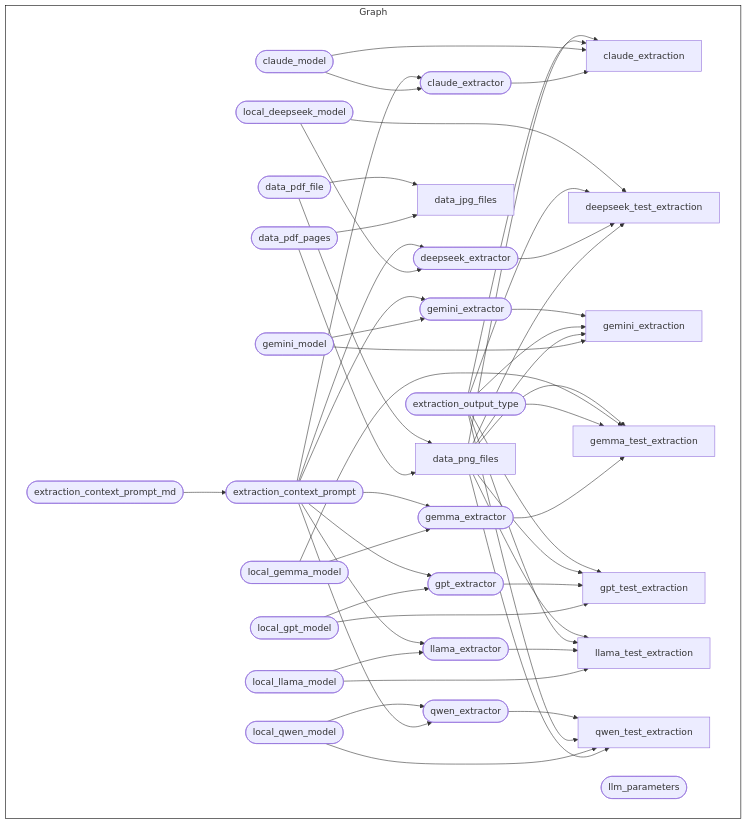
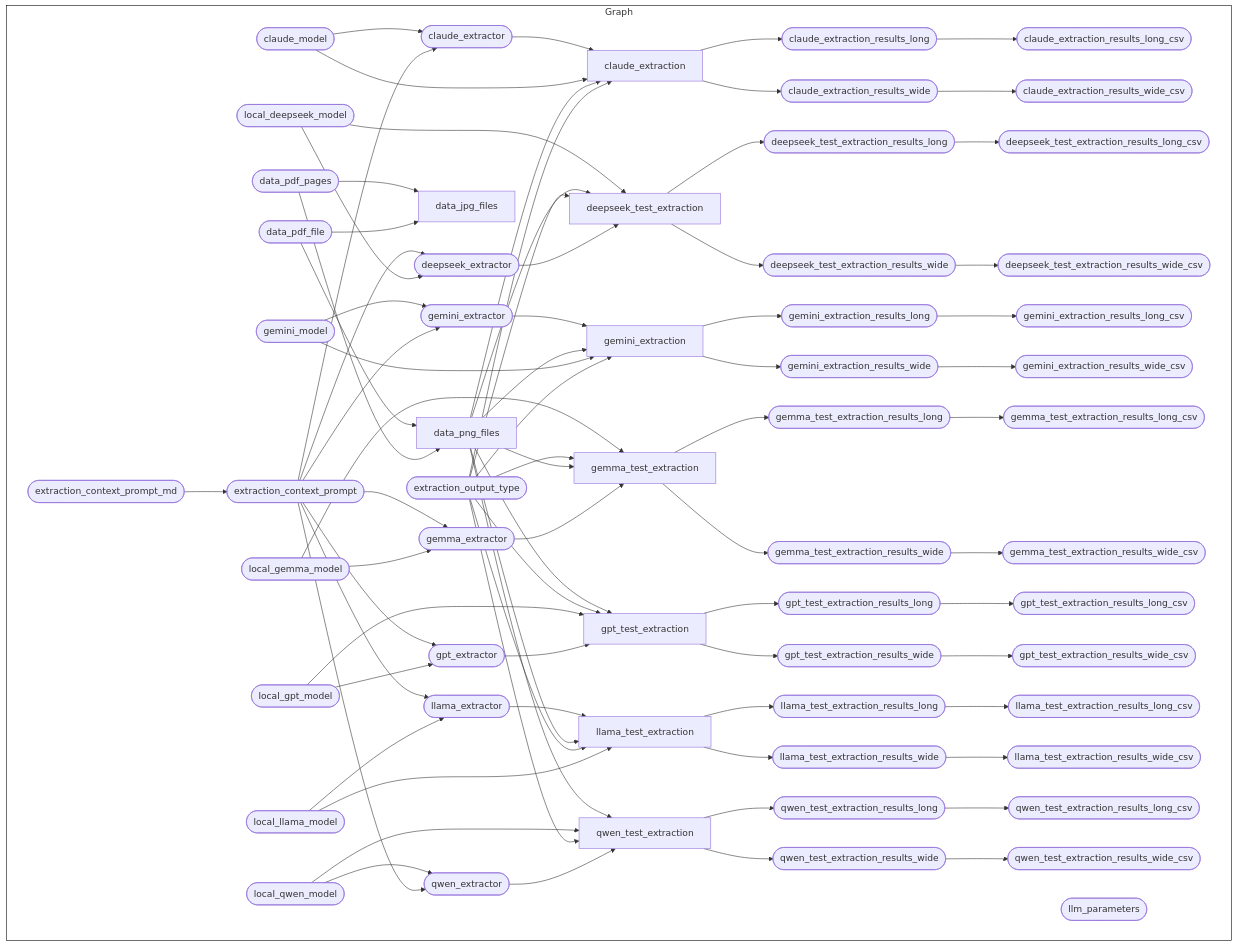
One commit to OxfordIHTM/computer-vision-demo changed the diagram in README.md. Above: the diagram before and after it, drawn with Mermaid. The commit also changed other lines of this file and 5 other files, not shown here.

````diff
--- a/README.md
+++ b/README.md
@@ -236,51 +234,79 @@
     direction LR
     x35a7fe2b14fea884(["claude_extractor"]):::queued --> xbf558aaf2fd08c0e["claude_extraction"]:::queued
     x39d4d013227f0dc3(["claude_model"]):::queued --> xbf558aaf2fd08c0e["claude_extraction"]:::queued
-    x487a49d42720222c(["extraction_output_type"]):::skipped --> xbf558aaf2fd08c0e["claude_extraction"]:::queued
     x6fd840ed377697c4["data_png_files"]:::skipped --> xbf558aaf2fd08c0e["claude_extraction"]:::queued
+    x487a49d42720222c(["extraction_output_type"]):::queued --> xbf558aaf2fd08c0e["claude_extraction"]:::queued
+    xbf558aaf2fd08c0e["claude_extraction"]:::queued --> xf7e321d17883c5ef(["claude_extraction_results_long"]):::queued
+    xf7e321d17883c5ef(["claude_extraction_results_long"]):::queued --> xf9a93278d27784db(["claude_extraction_results_long_csv"]):::queued
+    xbf558aaf2fd08c0e["claude_extraction"]:::queued --> x2d9238b8268822f3(["claude_extraction_results_wide"]):::queued
+    x2d9238b8268822f3(["claude_extraction_results_wide"]):::queued --> xe433f203ebf8c762(["claude_extraction_results_wide_csv"]):::queued
     x39d4d013227f0dc3(["claude_model"]):::queued --> x35a7fe2b14fea884(["claude_extractor"]):::queued
-    x982a35c892e245ee(["extraction_context_prompt"]):::skipped --> x35a7fe2b14fea884(["claude_extractor"]):::queued
+    x982a35c892e245ee(["extraction_context_prompt"]):::queued --> x35a7fe2b14fea884(["claude_extractor"]):::queued
     xe79485d2cbaf929c(["data_pdf_pages"]):::skipped --> xcde58b2bce8a2260["data_jpg_files"]:::queued
     xf64c2f26e3ae28ce(["data_pdf_file"]):::skipped --> xcde58b2bce8a2260["data_jpg_files"]:::queued
+    xf64c2f26e3ae28ce(["data_pdf_file"]):::skipped --> x6fd840ed377697c4["data_png_files"]:::skipped
     xe79485d2cbaf929c(["data_pdf_pages"]):::skipped --> x6fd840ed377697c4["data_png_files"]:::skipped
-    xf64c2f26e3ae28ce(["data_pdf_file"]):::skipped --> x6fd840ed377697c4["data_png_files"]:::skipped
+    x982a35c892e245ee(["extraction_context_prompt"]):::queued --> xf407d53739ed0632(["deepseek_extractor"]):::queued
     xb957a37aad5b67c5(["local_deepseek_model"]):::queued --> xf407d53739ed0632(["deepseek_extractor"]):::queued
-    x982a35c892e245ee(["extraction_context_prompt"]):::skipped --> xf407d53739ed0632(["deepseek_extractor"]):::queued
+    xb957a37aad5b67c5(["local_deepseek_model"]):::queued --> xe59d676cc895fc8f["deepseek_test_extraction"]:::queued
     x6fd840ed377697c4["data_png_files"]:::skipped --> xe59d676cc895fc8f["deepseek_test_extraction"]:::queued
+    x487a49d42720222c(["extraction_output_type"]):::queued --> xe59d676cc895fc8f["deepseek_test_extraction"]:::queued
     xf407d53739ed0632(["deepseek_extractor"]):::queued --> xe59d676cc895fc8f["deepseek_test_extraction"]:::queued
-    x487a49d42720222c(["extraction_output_type"]):::skipped --> xe59d676cc895fc8f["deepseek_test_extraction"]:::queued
-    xb957a37aad5b67c5(["local_deepseek_model"]):::queued --> xe59d676cc895fc8f["deepseek_test_extraction"]:::queued
-    xa765f8be0f1473b7(["extraction_context_prompt_md"]):::skipped --> x982a35c892e245ee(["extraction_context_prompt"]):::skipped
-    x672b0658cd7f304b(["gemini_model"]):::skipped --> xd63226de7dd05e61["gemini_extraction"]:::completed
-    x6fd840ed377697c4["data_png_files"]:::skipped --> xd63226de7dd05e61["gemini_extraction"]:::completed
-    x487a49d42720222c(["extraction_output_type"]):::skipped --> xd63226de7dd05e61["gemini_extraction"]:::completed
-    x8cb7c7e0b9710ea2(["gemini_extractor"]):::skipped --> xd63226de7dd05e61["gemini_extraction"]:::completed
-    x672b0658cd7f304b(["gemini_model"]):::skipped --> x8cb7c7e0b9710ea2(["gemini_extractor"]):::skipped
-    x982a35c892e245ee(["extraction_context_prompt"]):::skipped --> x8cb7c7e0b9710ea2(["gemini_extractor"]):::skipped
+    xe59d676cc895fc8f["deepseek_test_extraction"]:::queued --> x6c665d10c6870385(["deepseek_test_extraction_results_long"]):::queued
+    x6c665d10c6870385(["deepseek_test_extraction_results_long"]):::queued --> x30ec6b0f291bd945(["deepseek_test_extraction_results_long_csv"]):::queued
+    xe59d676cc895fc8f["deepseek_test_extraction"]:::queued --> xa451048dda449ee3(["deepseek_test_extraction_results_wide"]):::queued
+    xa451048dda449ee3(["deepseek_test_extraction_results_wide"]):::queued --> x4225704dcf8d5b90(["deepseek_test_extraction_results_wide_csv"]):::queued
+    xa765f8be0f1473b7(["extraction_context_prompt_md"]):::queued --> x982a35c892e245ee(["extraction_context_prompt"]):::queued
+    x8cb7c7e0b9710ea2(["gemini_extractor"]):::queued --> xd63226de7dd05e61["gemini_extraction"]:::queued
+    x6fd840ed377697c4["data_png_files"]:::skipped --> xd63226de7dd05e61["gemini_extraction"]:::queued
+    x672b0658cd7f304b(["gemini_model"]):::queued --> xd63226de7dd05e61["gemini_extraction"]:::queued
+    x487a49d42720222c(["extraction_output_type"]):::queued --> xd63226de7dd05e61["gemini_extraction"]:::queued
+    xd63226de7dd05e61["gemini_extraction"]:::queued --> x74163c06113c69a6(["gemini_extraction_results_long"]):::queued
+    x74163c06113c69a6(["gemini_extraction_results_long"]):::queued --> xe689a9e1837e69cd(["gemini_extraction_results_long_csv"]):::queued
+    xd63226de7dd05e61["gemini_extraction"]:::queued --> x42136a1fb4ba6630(["gemini_extraction_results_wide"]):::queued
+    x42136a1fb4ba6630(["gemini_extraction_results_wide"]):::queued --> xdc3f4afed08325fd(["gemini_extraction_results_wide_csv"]):::queued
+    x672b0658cd7f304b(["gemini_model"]):::queued --> x8cb7c7e0b9710ea2(["gemini_extractor"]):::queued
+    x982a35c892e245ee(["extraction_context_prompt"]):::queued --> x8cb7c7e0b9710ea2(["gemini_extractor"]):::queued
+    x982a35c892e245ee(["extraction_context_prompt"]):::queued --> xbdacf1efe57d11ba(["gemma_extractor"]):::queued
     xba597cd142706396(["local_gemma_model"]):::queued --> xbdacf1efe57d11ba(["gemma_extractor"]):::queued
-    x982a35c892e245ee(["extraction_context_prompt"]):::skipped --> xbdacf1efe57d11ba(["gemma_extractor"]):::queued
+    xba597cd142706396(["local_gemma_model"]):::queued --> x883eafa12b623704["gemma_test_extraction"]:::queued
+    x487a49d42720222c(["extraction_output_type"]):::queued --> x883eafa12b623704["gemma_test_extraction"]:::queued
+    x6fd840ed377697c4["data_png_files"]:::skipped --> x883eafa12b623704["gemma_test_extraction"]:::queued
     xbdacf1efe57d11ba(["gemma_extractor"]):::queued --> x883eafa12b623704["gemma_test_extraction"]:::queued
-    x487a49d42720222c(["extraction_output_type"]):::skipped --> x883eafa12b623704["gemma_test_extraction"]:::queued
-    xba597cd142706396(["local_gemma_model"]):::queued --> x883eafa12b623704["gemma_test_extraction"]:::queued
-    x6fd840ed377697c4["data_png_files"]:::skipped --> x883eafa12b623704["gemma_test_extraction"]:::queued
+    x883eafa12b623704["gemma_test_extraction"]:::queued --> x36d8fe351758d6a9(["gemma_test_extraction_results_long"]):::queued
+    x36d8fe351758d6a9(["gemma_test_extraction_results_long"]):::queued --> x1ec973b6bac53778(["gemma_test_extraction_results_long_csv"]):::queued
+    x883eafa12b623704["gemma_test_extraction"]:::queued --> x0ce1edbb890bba38(["gemma_test_extraction_results_wide"]):::queued
+    x0ce1edbb890bba38(["gemma_test_extraction_results_wide"]):::queued --> x387ba000a6d84241(["gemma_test_extraction_results_wide_csv"]):::queued
+    x982a35c892e245ee(["extraction_context_prompt"]):::queued --> xa26cc1fdbcc7446d(["gpt_extractor"]):::queued
     xd91653768ab318c2(["local_gpt_model"]):::queued --> xa26cc1fdbcc7446d(["gpt_extractor"]):::queued
-    x982a35c892e245ee(["extraction_context_prompt"]):::skipped --> xa26cc1fdbcc7446d(["gpt_extractor"]):::queued
+    x6fd840ed377697c4["data_png_files"]:::skipped --> xbd26e8369aff188c["gpt_test_extraction"]:::queued
+    x487a49d42720222c(["extraction_output_type"]):::queued --> xbd26e8369aff188c["gpt_test_extraction"]:::queued
     xd91653768ab318c2(["local_gpt_model"]):::queued --> xbd26e8369aff188c["gpt_test_extraction"]:::queued
     xa26cc1fdbcc7446d(["gpt_extractor"]):::queued --> xbd26e8369aff188c["gpt_test_extraction"]:::queued
-    x6fd840ed377697c4["data_png_files"]:::skipped --> xbd26e8369aff188c["gpt_test_extraction"]:::queued
-    x487a49d42720222c(["extraction_output_type"]):::skipped --> xbd26e8369aff188c["gpt_test_extraction"]:::queued
+    xbd26e8369aff188c["gpt_test_extraction"]:::queued --> xfbe513ab7981dfbe(["gpt_test_extraction_results_long"]):::queued
+    xfbe513ab7981dfbe(["gpt_test_extraction_results_long"]):::queued --> x07d06b61c43fa75f(["gpt_test_extraction_results_long_csv"]):::queued
+    xbd26e8369aff188c["gpt_test_extraction"]:::queued --> xa3d940364e8f38dd(["gpt_test_extraction_results_wide"]):::queued
+    xa3d940364e8f38dd(["gpt_test_extraction_results_wide"]):::queued --> xe97fbe3d2cc5ba2e(["gpt_test_extraction_results_wide_csv"]):::queued
+    x982a35c892e245ee(["extraction_context_prompt"]):::queued --> xf54b87b127ae79c8(["llama_extractor"]):::queued
     x99f03a7148fda570(["local_llama_model"]):::queued --> xf54b87b127ae79c8(["llama_extractor"]):::queued
-    x982a35c892e245ee(["extraction_context_prompt"]):::skipped --> xf54b87b127ae79c8(["llama_extractor"]):::queued
+    xf54b87b127ae79c8(["llama_extractor"]):::queued --> x292cd34918802a30["llama_test_extraction"]:::queued
+    x6fd840ed377697c4["data_png_files"]:::skipped --> x292cd34918802a30["llama_test_extraction"]:::queued
+    x487a49d42720222c(["extraction_output_type"]):::queued --> x292cd34918802a30["llama_test_extraction"]:::queued
     x99f03a7148fda570(["local_llama_model"]):::queued --> x292cd34918802a30["llama_test_extraction"]:::queued
-    xf54b87b127ae79c8(["llama_extractor"]):::queued --> x292cd34918802a30["llama_test_extraction"]:::queued
-    x487a49d42720222c(["extraction_output_type"]):::skipped --> x292cd34918802a30["llama_test_extraction"]:::queued
-    x6fd840ed377697c4["data_png_files"]:::skipped --> x292cd34918802a30["llama_test_extraction"]:::queued
-    x982a35c892e245ee(["extraction_context_prompt"]):::skipped --> x15a3fb4d9a651239(["qwen_extractor"]):::queued
+    x292cd34918802a30["llama_test_extraction"]:::queued --> xb195ded487b977ce(["llama_test_extraction_results_long"]):::queued
+    xb195ded487b977ce(["llama_test_extraction_results_long"]):::queued --> x550e0ece622c7bdc(["llama_test_extraction_results_long_csv"]):::queued
+    x292cd34918802a30["llama_test_extraction"]:::queued --> x5abecee1789838c7(["llama_test_extraction_results_wide"]):::queued
+    x5abecee1789838c7(["llama_test_extraction_results_wide"]):::queued --> x4ef467aedd875f25(["llama_test_extraction_results_wide_csv"]):::queued
     x01ce8cbced893885(["local_qwen_model"]):::queued --> x15a3fb4d9a651239(["qwen_extractor"]):::queued
+    x982a35c892e245ee(["extraction_context_prompt"]):::queued --> x15a3fb4d9a651239(["qwen_extractor"]):::queued
     x6fd840ed377697c4["data_png_files"]:::skipped --> xd726feef05e5de04["qwen_test_extraction"]:::queued
     x01ce8cbced893885(["local_qwen_model"]):::queued --> xd726feef05e5de04["qwen_test_extraction"]:::queued
-    x487a49d42720222c(["extraction_output_type"]):::skipped --> xd726feef05e5de04["qwen_test_extraction"]:::queued
+    x487a49d42720222c(["extraction_output_type"]):::queued --> xd726feef05e5de04["qwen_test_extraction"]:::queued
     x15a3fb4d9a651239(["qwen_extractor"]):::queued --> xd726feef05e5de04["qwen_test_extraction"]:::queued
+    xd726feef05e5de04["qwen_test_extraction"]:::queued --> xf4353db910e1d59b(["qwen_test_extraction_results_long"]):::queued
+    xf4353db910e1d59b(["qwen_test_extraction_results_long"]):::queued --> x3988122db08b148d(["qwen_test_extraction_results_long_csv"]):::queued
+    xd726feef05e5de04["qwen_test_extraction"]:::queued --> x51c9e4dda51c1eea(["qwen_test_extraction_results_wide"]):::queued
+    x51c9e4dda51c1eea(["qwen_test_extraction_results_wide"]):::queued --> x1b039eada4aea116(["qwen_test_extraction_results_wide_csv"]):::queued
     xa87a62a227d5e627(["llm_parameters"]):::queued
   end
 ```
````
